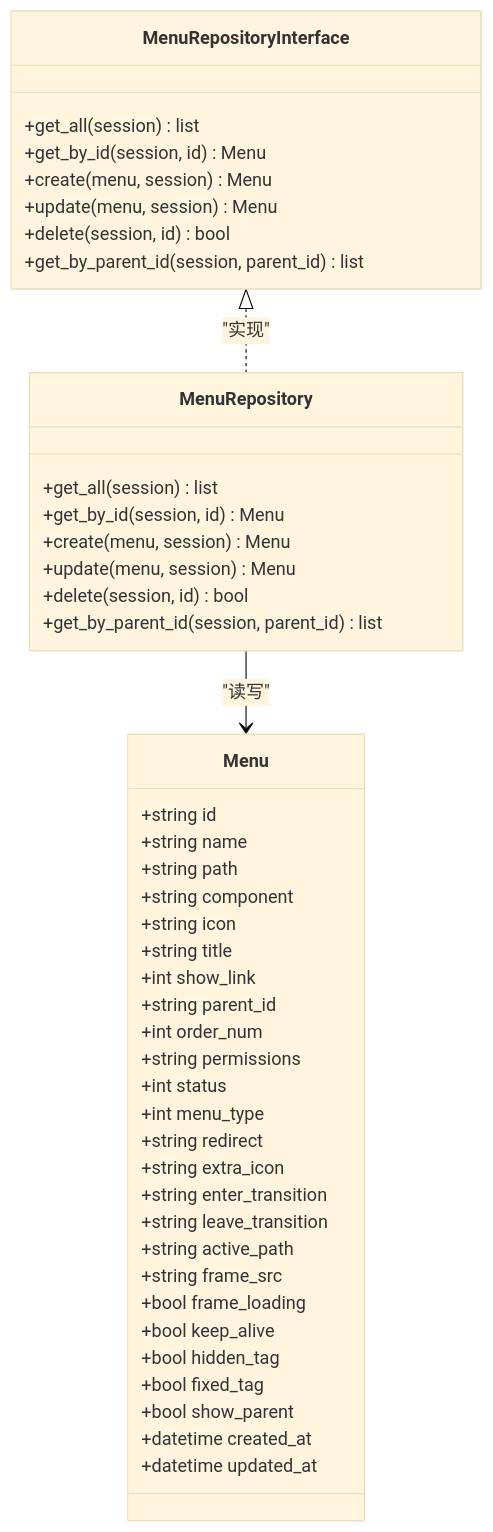
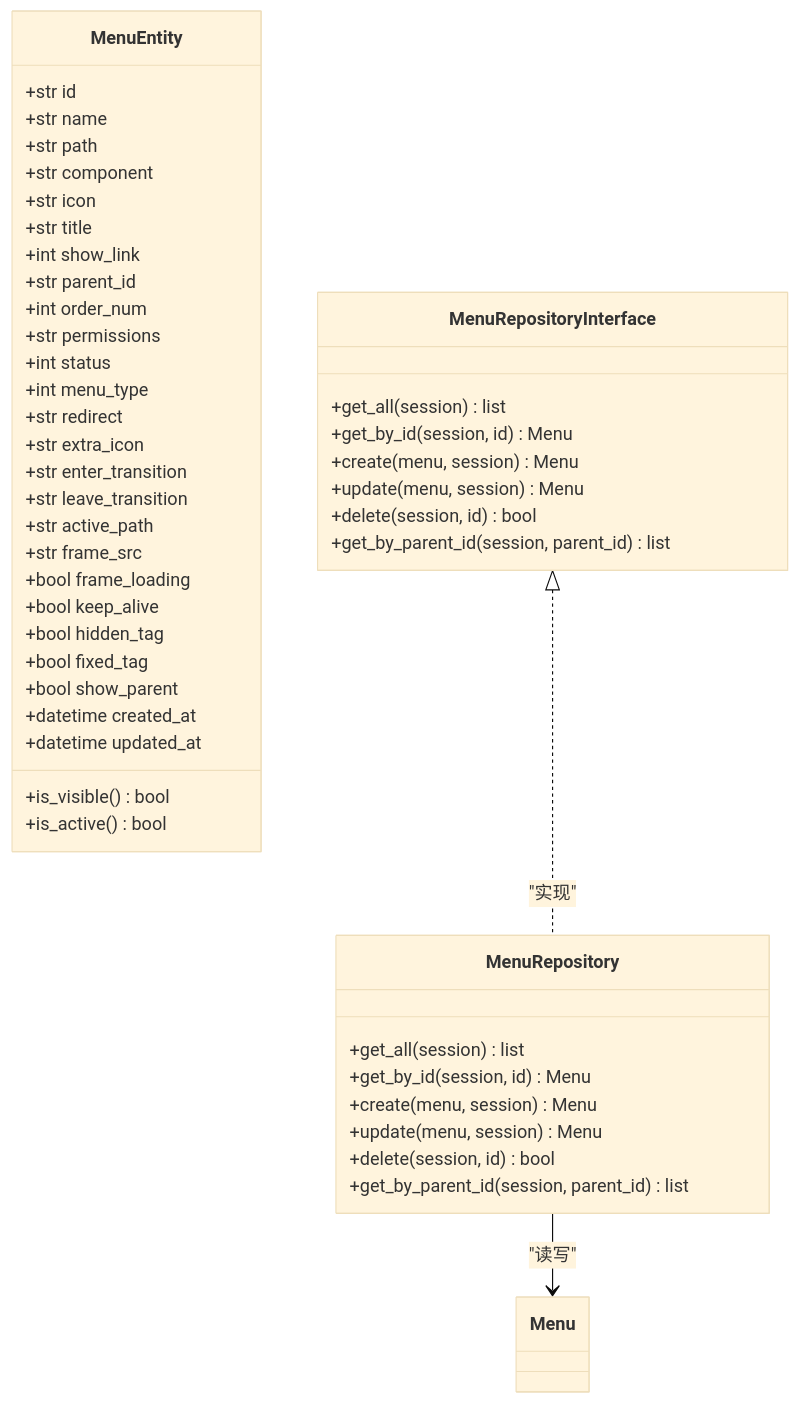
Before and after one commit to taoweidong/Hello-FastApi: the third of 10 diagrams in .qoder/repowiki/zh/content/项目概述/核心特性/动态菜单生成.md, drawn with Mermaid (base theme). The commit also changed other lines of this file and 18 other files, not shown here.

````diff
--- a/.qoder/repowiki/zh/content/项目概述/核心特性/动态菜单生成.md
+++ b/.qoder/repowiki/zh/content/项目概述/核心特性/动态菜单生成.md
@@ -171,48 +201,50 @@
 ```mermaid
 classDiagram
-class Menu {
-+string id
-+string name
-+string path
-+string component
-+string icon
-+string title
+class MenuEntity {
++str id
++str name
++str path
++str component
++str icon
++str title
 +int show_link
-+string parent_id
++str parent_id
 +int order_num
-+string permissions
++str permissions
 +int status
 +int menu_type
-+string redirect
-+string extra_icon
-+string enter_transition
-+string leave_transition
-+string active_path
-+string frame_src
++str redirect
++str extra_icon
++str enter_transition
++str leave_transition
++str active_path
++str frame_src
 +bool frame_loading
 +bool keep_alive
 +bool hidden_tag
 +bool fixed_tag
 +bool show_parent
 +datetime created_at
 +datetime updated_at
++is_visible() bool
++is_active() bool
 }
 class MenuRepositoryInterface {
 +get_all(session) list
 +get_by_id(session, id) Menu
 +create(menu, session) Menu
 +update(menu, session) Menu
 +delete(session, id) bool
 +get_by_parent_id(session, parent_id) list
 }
 class MenuRepository {
 +get_all(session) list
 +get_by_id(session, id) Menu
 +create(menu, session) Menu
 +update(menu, session) Menu
 +delete(session, id) bool
 +get_by_parent_id(session, parent_id) list
 }
 MenuRepositoryInterface <|.. MenuRepository : "实现"
 MenuRepository --> Menu : "读写"
 ```
````
